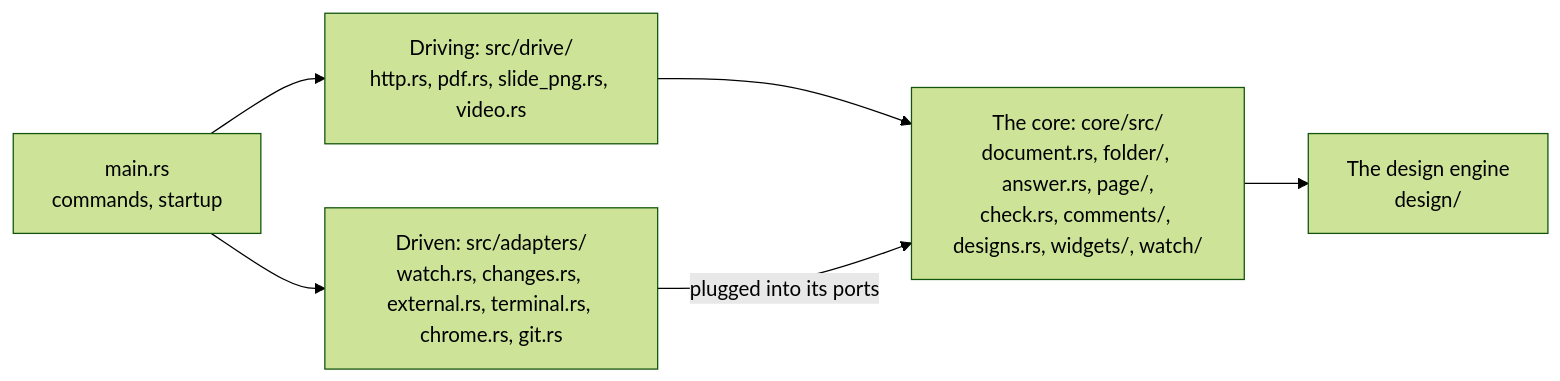
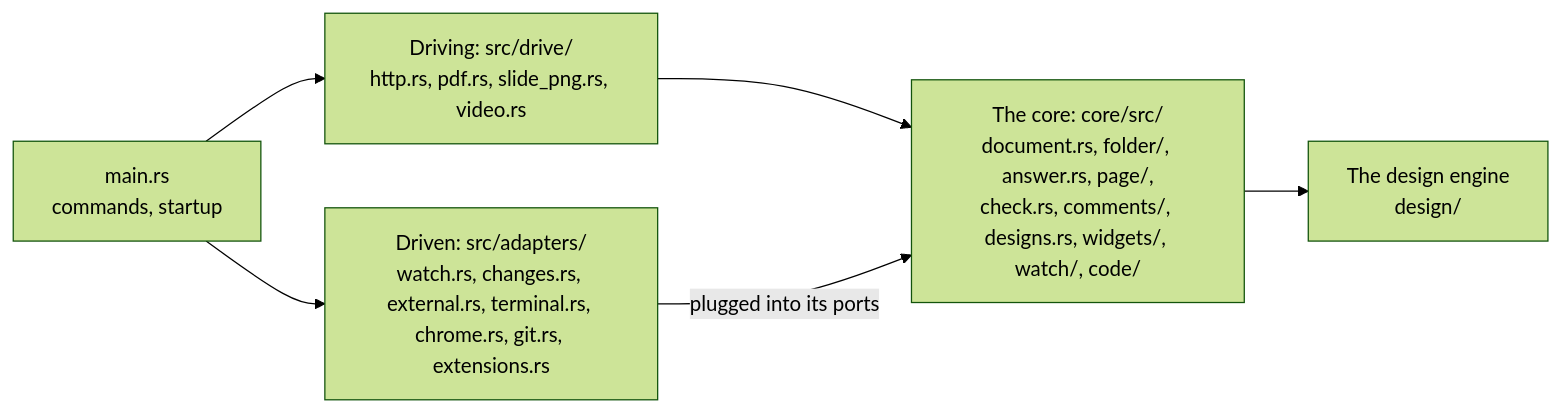
One commit to andrei512/devpage changed the diagram in docs/boxes/engineering/code-map/README.md. Above: the diagram before and after it, drawn with Mermaid (forest theme). The commit also changed other lines of this file and 28 other files, not shown here.

First line of the commit message:
Docs match the code: extensions, code reference, 404, CLI, dependencies

````diff
--- a/docs/boxes/engineering/code-map/README.md
+++ b/docs/boxes/engineering/code-map/README.md
@@ -28,13 +30,13 @@
 ```mermaid
 flowchart LR
   main["main.rs<br/>commands, startup"] --> drive["Driving: src/drive/<br/>http.rs, pdf.rs, slide_png.rs, video.rs"]
-  main --> adapters["Driven: src/adapters/<br/>watch.rs, changes.rs, external.rs, terminal.rs, chrome.rs, git.rs"]
-  drive --> core["The core: core/src/<br/>document.rs, folder/, answer.rs, page/,<br/>check.rs, comments/, designs.rs, widgets/, watch/"]
+  main --> adapters["Driven: src/adapters/<br/>watch.rs, changes.rs, external.rs, terminal.rs, chrome.rs, git.rs, extensions.rs"]
+  drive --> core["The core: core/src/<br/>document.rs, folder/, answer.rs, page/,<br/>check.rs, comments/, designs.rs, widgets/, watch/, code/"]
   adapters -- "plugged into its ports" --> core
   core --> engine["The design engine<br/>design/"]
   click main href "#how-main-wires-it-together" "How main wires it together"
   click drive href "../../viewer/serving-pages/README.md" "Serving pages"
   click adapters href "../../viewer/live-updates/README.md" "Live updates"
   click core href "../../viewer/rendering-a-page/README.md" "Rendering a page"
   click engine href "../../viewer/design-engine/README.md" "The design engine"
 ```
````
